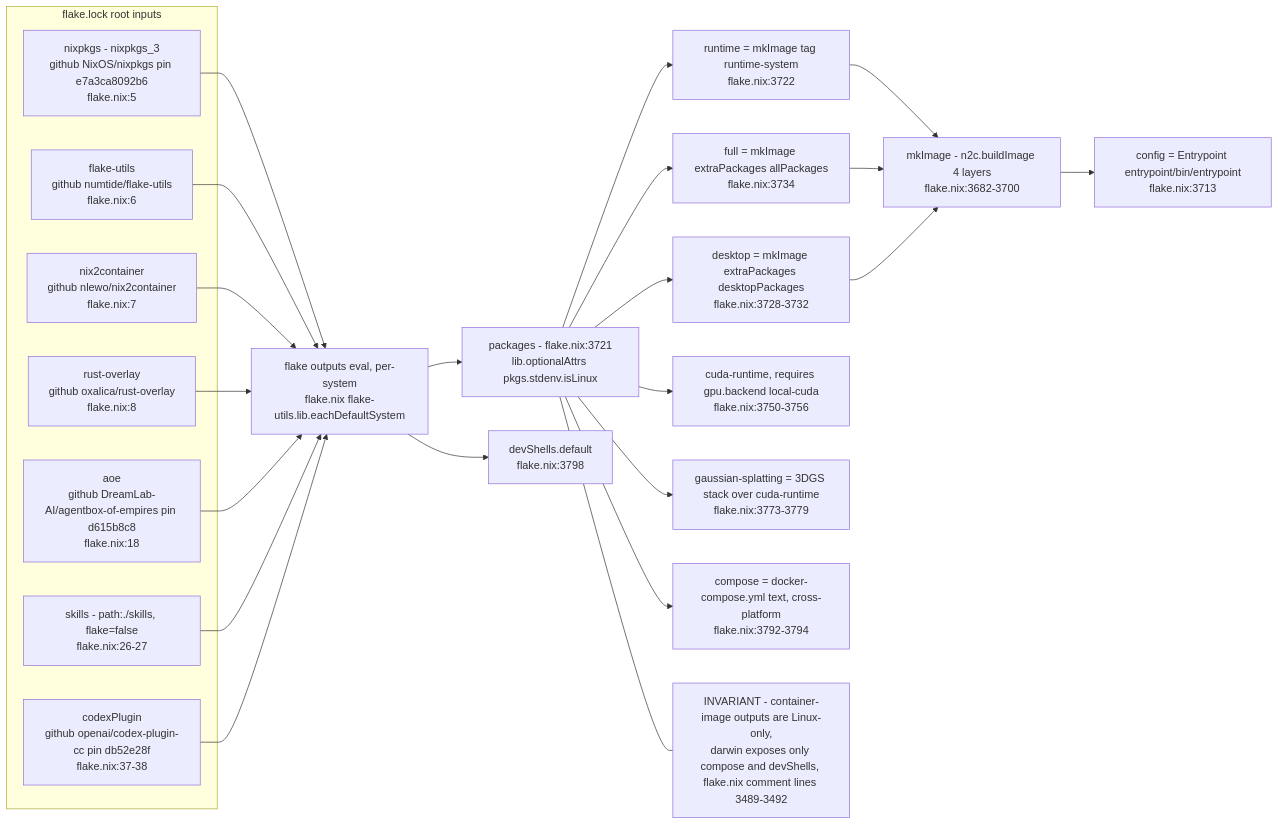
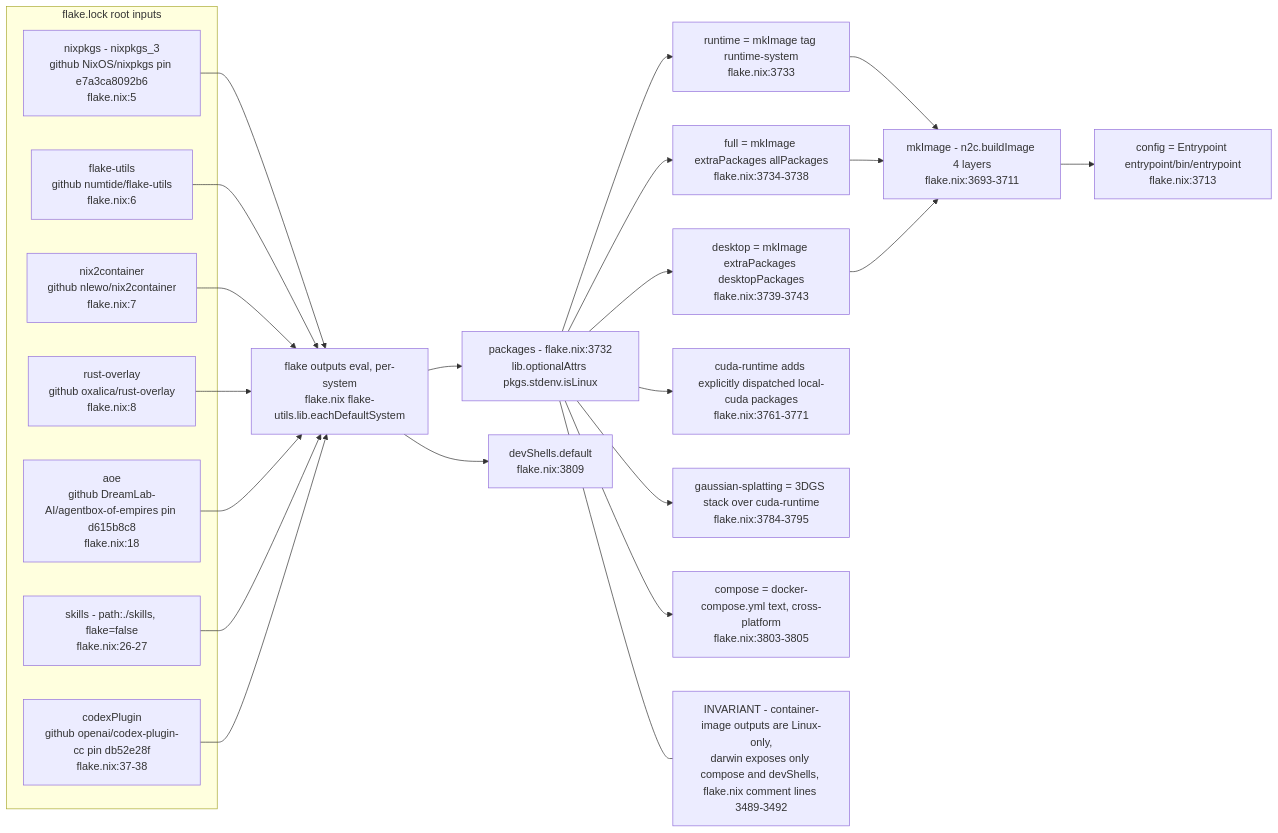
One commit to DreamLab-AI/VisionFlow changed the ninth of 11 diagrams in docs/diagrams/agentbox/01-nix-flake-composition.md. Above: the diagram before and after it, drawn with Mermaid. The commit also changed other lines of this file and 292 other files, not shown here.

````diff
--- a/docs/diagrams/agentbox/01-nix-flake-composition.md
+++ b/docs/diagrams/agentbox/01-nix-flake-composition.md
@@ -361,39 +361,39 @@
 ```mermaid
 flowchart LR
     subgraph INPUTS["flake.lock root inputs"]
         NIXPKGS["nixpkgs - nixpkgs_3<br/>github NixOS/nixpkgs pin e7a3ca8092b6<br/>flake.nix:5"]
         FU["flake-utils<br/>github numtide/flake-utils<br/>flake.nix:6"]
         N2C["nix2container<br/>github nlewo/nix2container<br/>flake.nix:7"]
         RO["rust-overlay<br/>github oxalica/rust-overlay<br/>flake.nix:8"]
         AOE["aoe<br/>github DreamLab-AI/agentbox-of-empires pin d615b8c8<br/>flake.nix:18"]
         SKILLS["skills - path:./skills, flake=false<br/>flake.nix:26-27"]
         CODEX["codexPlugin<br/>github openai/codex-plugin-cc pin db52e28f<br/>flake.nix:37-38"]
     end
 
     NIXPKGS --> EVAL["flake outputs eval, per-system<br/>flake.nix flake-utils.lib.eachDefaultSystem"]
     FU --> EVAL
     N2C --> EVAL
     RO --> EVAL
     AOE --> EVAL
     SKILLS --> EVAL
     CODEX --> EVAL
 
-    EVAL --> PACKAGES["packages - flake.nix:3721<br/>lib.optionalAttrs pkgs.stdenv.isLinux"]
-    EVAL --> DEVSHELL["devShells.default<br/>flake.nix:3798"]
+    EVAL --> PACKAGES["packages - flake.nix:3732<br/>lib.optionalAttrs pkgs.stdenv.isLinux"]
+    EVAL --> DEVSHELL["devShells.default<br/>flake.nix:3809"]
 
-    PACKAGES --> RUNTIME["runtime = mkImage tag runtime-system<br/>flake.nix:3722"]
-    PACKAGES --> FULL["full = mkImage extraPackages allPackages<br/>flake.nix:3734"]
-    PACKAGES --> DESKTOP["desktop = mkImage extraPackages desktopPackages<br/>flake.nix:3728-3732"]
-    PACKAGES --> CUDART["cuda-runtime, requires gpu.backend local-cuda<br/>flake.nix:3750-3756"]
-    PACKAGES --> GSPLAT["gaussian-splatting = 3DGS stack over cuda-runtime<br/>flake.nix:3773-3779"]
-    PACKAGES --> COMPOSE["compose = docker-compose.yml text, cross-platform<br/>flake.nix:3792-3794"]
+    PACKAGES --> RUNTIME["runtime = mkImage tag runtime-system<br/>flake.nix:3733"]
+    PACKAGES --> FULL["full = mkImage extraPackages allPackages<br/>flake.nix:3734-3738"]
+    PACKAGES --> DESKTOP["desktop = mkImage extraPackages desktopPackages<br/>flake.nix:3739-3743"]
+    PACKAGES --> CUDART["cuda-runtime adds explicitly dispatched local-cuda packages<br/>flake.nix:3761-3771"]
+    PACKAGES --> GSPLAT["gaussian-splatting = 3DGS stack over cuda-runtime<br/>flake.nix:3784-3795"]
+    PACKAGES --> COMPOSE["compose = docker-compose.yml text, cross-platform<br/>flake.nix:3803-3805"]
 
-    RUNTIME --> MKIMG["mkImage - n2c.buildImage 4 layers<br/>flake.nix:3682-3700"]
+    RUNTIME --> MKIMG["mkImage - n2c.buildImage 4 layers<br/>flake.nix:3693-3711"]
     FULL --> MKIMG
     DESKTOP --> MKIMG
 
     MKIMG --> ENTRYPOINT["config = Entrypoint entrypoint/bin/entrypoint<br/>flake.nix:3713"]
 
     NOTE1["INVARIANT - container-image outputs are Linux-only,<br/>darwin exposes only compose and devShells, flake.nix comment lines 3489-3492"]
     PACKAGES --- NOTE1
 ```
````
